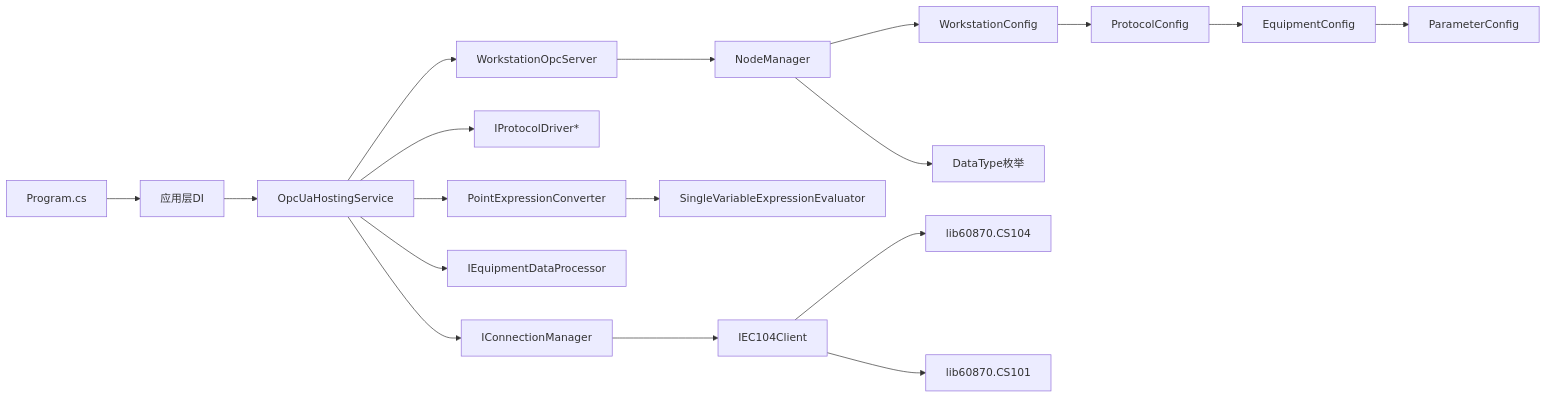
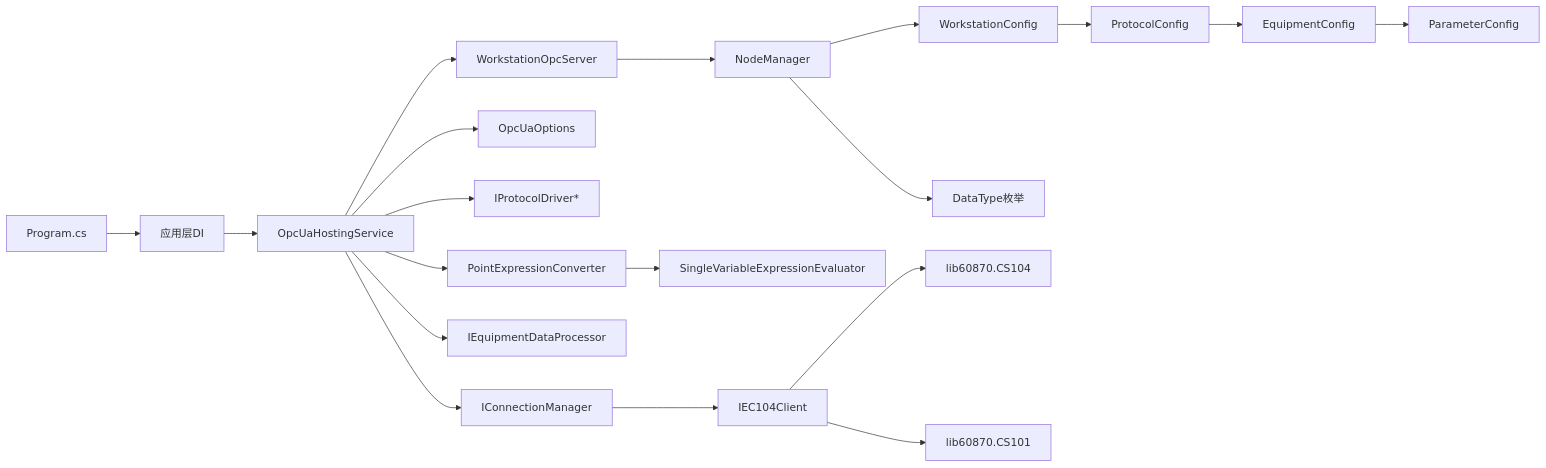
Diagram 13 of 13 in .qoder/repowiki/zh/content/OPC UA集成/OPC UA集成.md (whitemousetl/IndustrialDataSolution), drawn with Mermaid before and after one commit. The commit also changed other lines of this file and 13 other files, not shown here.

````diff
--- a/.qoder/repowiki/zh/content/OPC UA集成/OPC UA集成.md
+++ b/.qoder/repowiki/zh/content/OPC UA集成/OPC UA集成.md
@@ -513,20 +634,21 @@
 ```mermaid
 graph LR
 Program["Program.cs"] --> AppDI["应用层DI"]
 AppDI --> HostSvc["OpcUaHostingService"]
 HostSvc --> Server["WorkstationOpcServer"]
 Server --> NM["NodeManager"]
+HostSvc --> Options["OpcUaOptions"]
 HostSvc --> Drivers["IProtocolDriver*"]
 HostSvc --> ConnMgr["IConnectionManager"]
 HostSvc --> Proc["IEquipmentDataProcessor"]
 HostSvc --> Conv["PointExpressionConverter"]
 NM --> WSCfg["WorkstationConfig"]
 WSCfg --> ProtoCfg["ProtocolConfig"]
 ProtoCfg --> EqCfg["EquipmentConfig"]
 EqCfg --> ParamCfg["ParameterConfig"]
 NM --> DataType["DataType枚举"]
 Conv --> SVExp["SingleVariableExpressionEvaluator"]
 ConnMgr --> IEC104["IEC104Client"]
 IEC104 --> CS104Lib["lib60870.CS104"]
 IEC104 --> CS101Lib["lib60870.CS101"]
 ```
````
